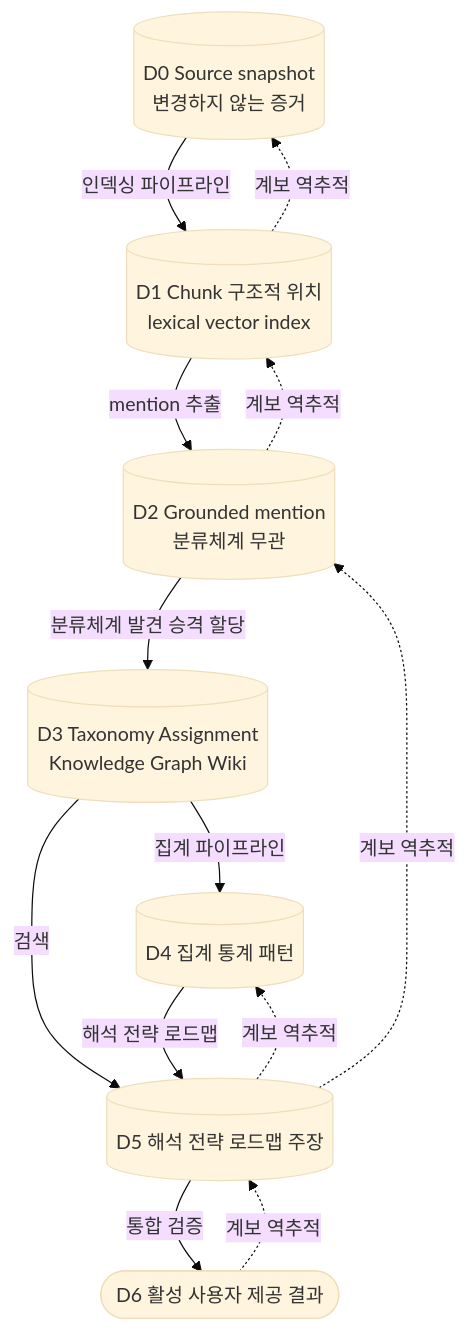
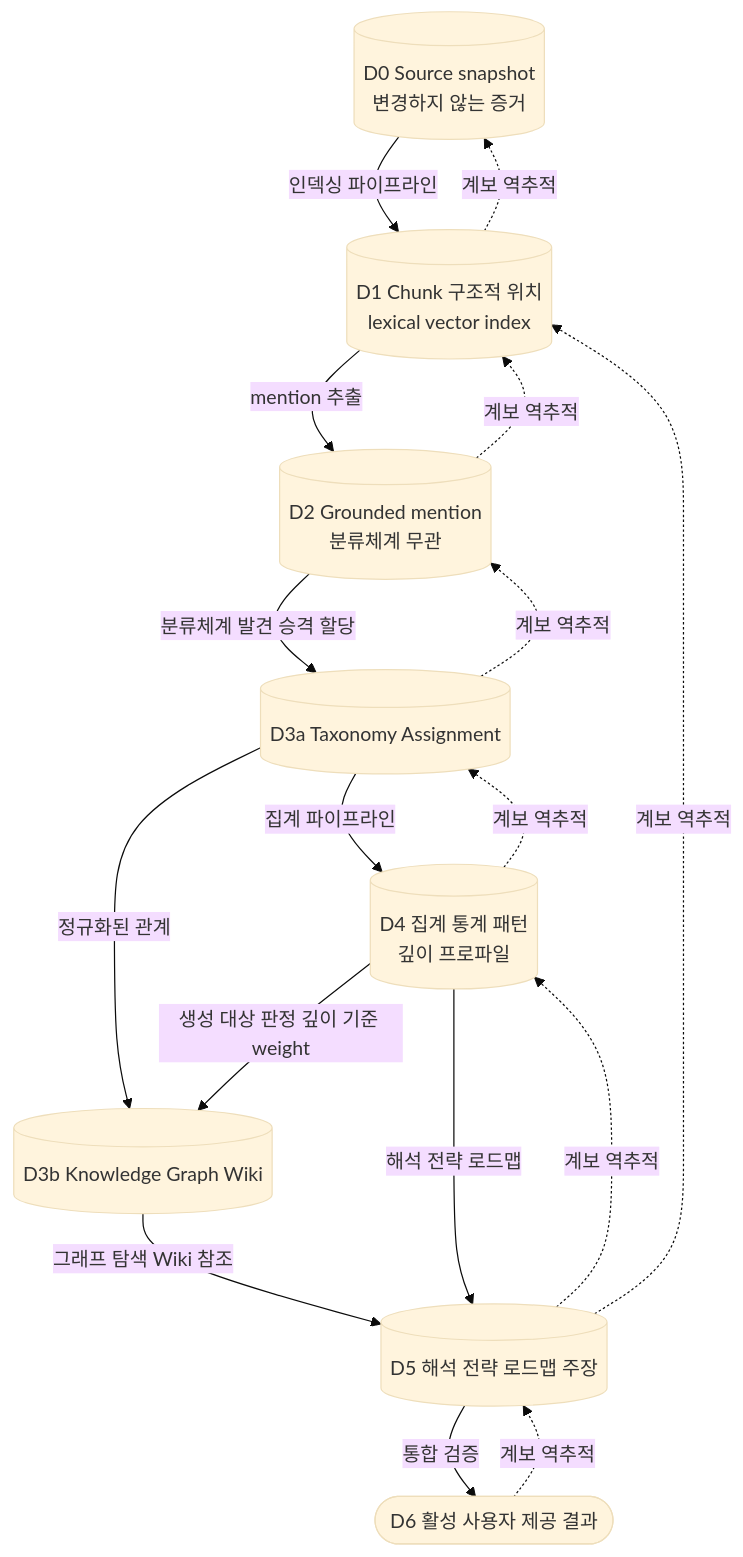
The first of 2 diagrams in docs/knowledge-schema.md (Mureung1/hub-showcase), drawn with Mermaid (base theme) before and after one commit. The commit also changed other lines of this file and 6 other files, not shown here.

Commit message:
docs: split D3 layer and move derived graph writes to a lineage pipeline

````diff
--- a/docs/knowledge-schema.md
+++ b/docs/knowledge-schema.md
@@ -25,24 +28,29 @@
 ```mermaid
 flowchart TD
     D0[("D0 Source snapshot<br/>변경하지 않는 증거")]
     D1[("D1 Chunk 구조적 위치<br/>lexical vector index")]
     D2[("D2 Grounded mention<br/>분류체계 무관")]
-    D3[("D3 Taxonomy Assignment<br/>Knowledge Graph Wiki")]
-    D4[("D4 집계 통계 패턴")]
+    D3A[("D3a Taxonomy Assignment")]
+    D4[("D4 집계 통계 패턴<br/>깊이 프로파일")]
+    D3B[("D3b Knowledge Graph Wiki")]
     D5[("D5 해석 전략 로드맵 주장")]
     D6(["D6 활성 사용자 제공 결과"])
 
     D0 -->|"인덱싱 파이프라인"| D1
     D1 -->|"mention 추출"| D2
-    D2 -->|"분류체계 발견 승격 할당"| D3
-    D3 -->|"집계 파이프라인"| D4
-    D3 -->|"검색"| D5
+    D2 -->|"분류체계 발견 승격 할당"| D3A
+    D3A -->|"집계 파이프라인"| D4
+    D3A -->|"정규화된 관계"| D3B
+    D4 -->|"생성 대상 판정 깊이 기준 weight"| D3B
+    D3B -->|"그래프 탐색 Wiki 참조"| D5
     D4 -->|"해석 전략 로드맵"| D5
     D5 -->|"통합 검증"| D6
 
     D6 -.->|"계보 역추적"| D5
     D5 -.->|"계보 역추적"| D4
-    D5 -.->|"계보 역추적"| D2
+    D5 -.->|"계보 역추적"| D1
+    D4 -.->|"계보 역추적"| D3A
+    D3A -.->|"계보 역추적"| D2
     D2 -.->|"계보 역추적"| D1
     D1 -.->|"계보 역추적"| D0
 ```
````
